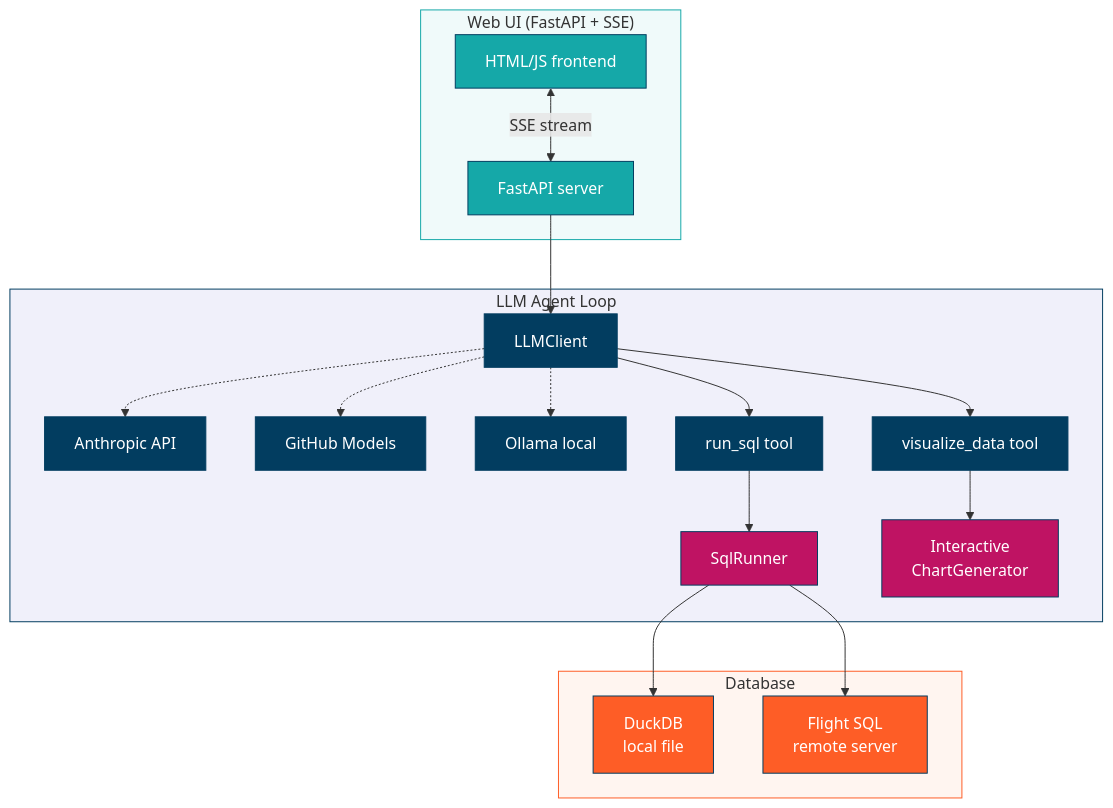
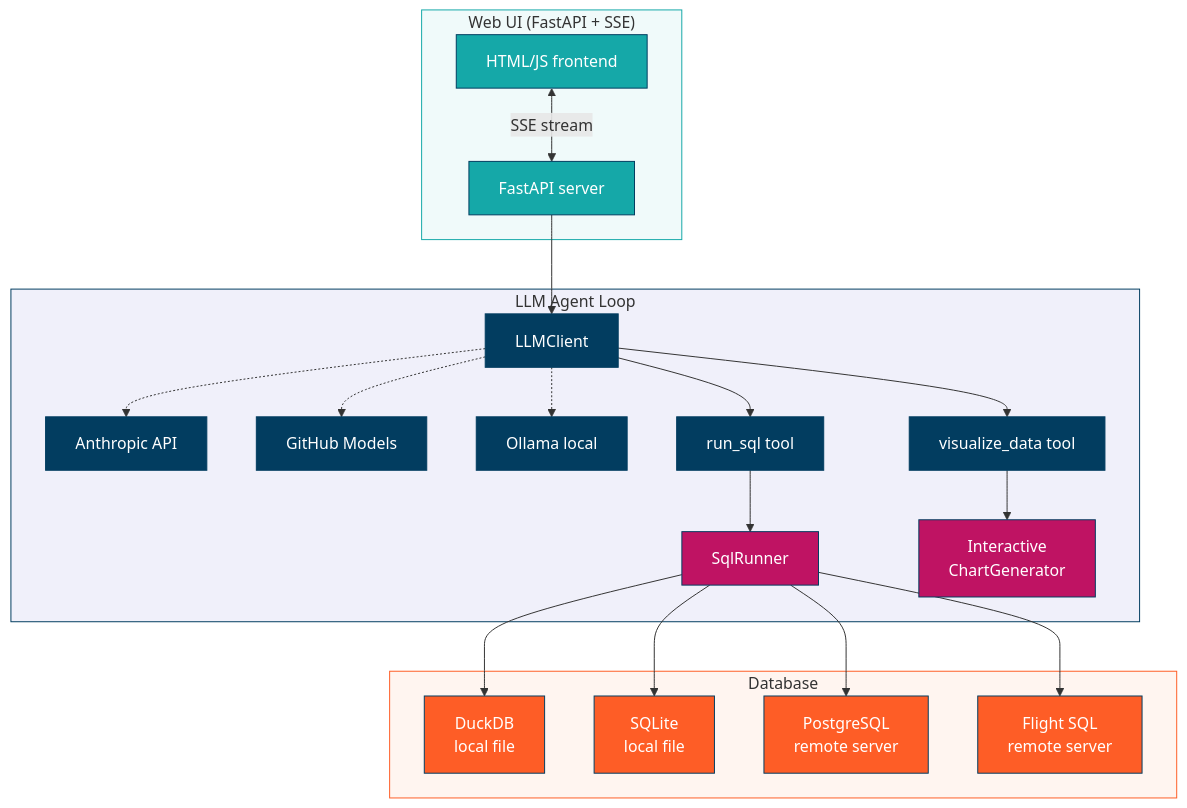
The first of 3 diagrams in docs/tool-developer/architecture.md (dsgrid/datasight), drawn with Mermaid before and after one commit. The commit also changed other lines of this file and 30 other files, not shown here.

````diff
--- a/docs/tool-developer/architecture.md
+++ b/docs/tool-developer/architecture.md
@@ -27,49 +27,55 @@
 ```{mermaid}
 flowchart TB
     subgraph ui ["Web UI (FastAPI + SSE)"]
         WEB[FastAPI server]
         HTML[HTML/JS frontend]
     end
 
     subgraph agent ["LLM Agent Loop"]
         LLM[LLMClient]
         ANTH[Anthropic API]
         GH[GitHub Models]
         OLL[Ollama local]
         SQL[run_sql tool]
         VIZ[visualize_data tool]
         LLM -.-> ANTH
         LLM -.-> GH
         LLM -.-> OLL
         SQL --> RUNNER[SqlRunner]
         VIZ --> CHART[Interactive<br>ChartGenerator]
     end
 
     subgraph db ["Database"]
         DUCK[DuckDB<br>local file]
+        SQLITE[SQLite<br>local file]
+        PG[PostgreSQL<br>remote server]
         FLIGHT[Flight SQL<br>remote server]
     end
 
     HTML <-->|SSE stream| WEB
     WEB --> LLM
     LLM --> SQL
     LLM --> VIZ
     RUNNER --> DUCK
+    RUNNER --> SQLITE
+    RUNNER --> PG
     RUNNER --> FLIGHT
 
     style WEB fill:#15a8a8,stroke:#023d60,color:#fff
     style HTML fill:#15a8a8,stroke:#023d60,color:#fff
     style LLM fill:#023d60,stroke:#023d60,color:#fff
     style ANTH fill:#023d60,stroke:#023d60,color:#fff
     style GH fill:#023d60,stroke:#023d60,color:#fff
     style OLL fill:#023d60,stroke:#023d60,color:#fff
     style SQL fill:#023d60,stroke:#023d60,color:#fff
     style VIZ fill:#023d60,stroke:#023d60,color:#fff
     style RUNNER fill:#bf1363,stroke:#023d60,color:#fff
     style CHART fill:#bf1363,stroke:#023d60,color:#fff
     style DUCK fill:#fe5d26,stroke:#023d60,color:#fff
+    style SQLITE fill:#fe5d26,stroke:#023d60,color:#fff
+    style PG fill:#fe5d26,stroke:#023d60,color:#fff
     style FLIGHT fill:#fe5d26,stroke:#023d60,color:#fff
     style ui fill:#f0fafa,stroke:#15a8a8
     style agent fill:#f0f0fa,stroke:#023d60
     style db fill:#fff5f0,stroke:#fe5d26
 ```
````
